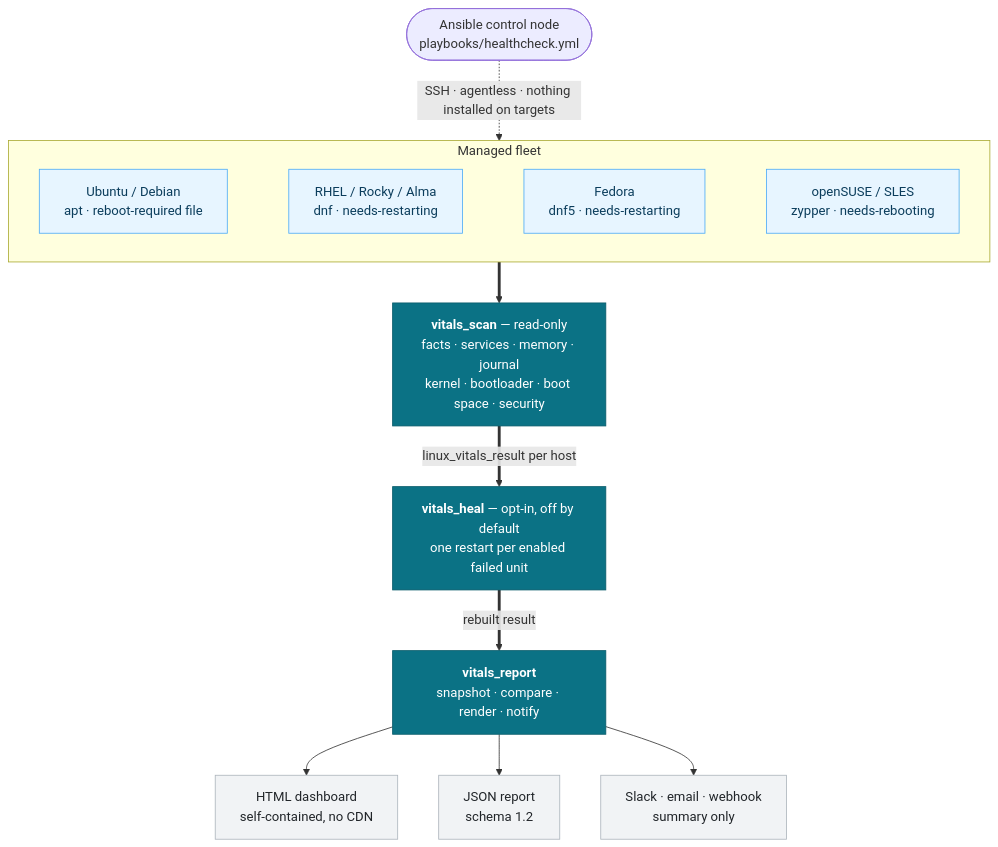
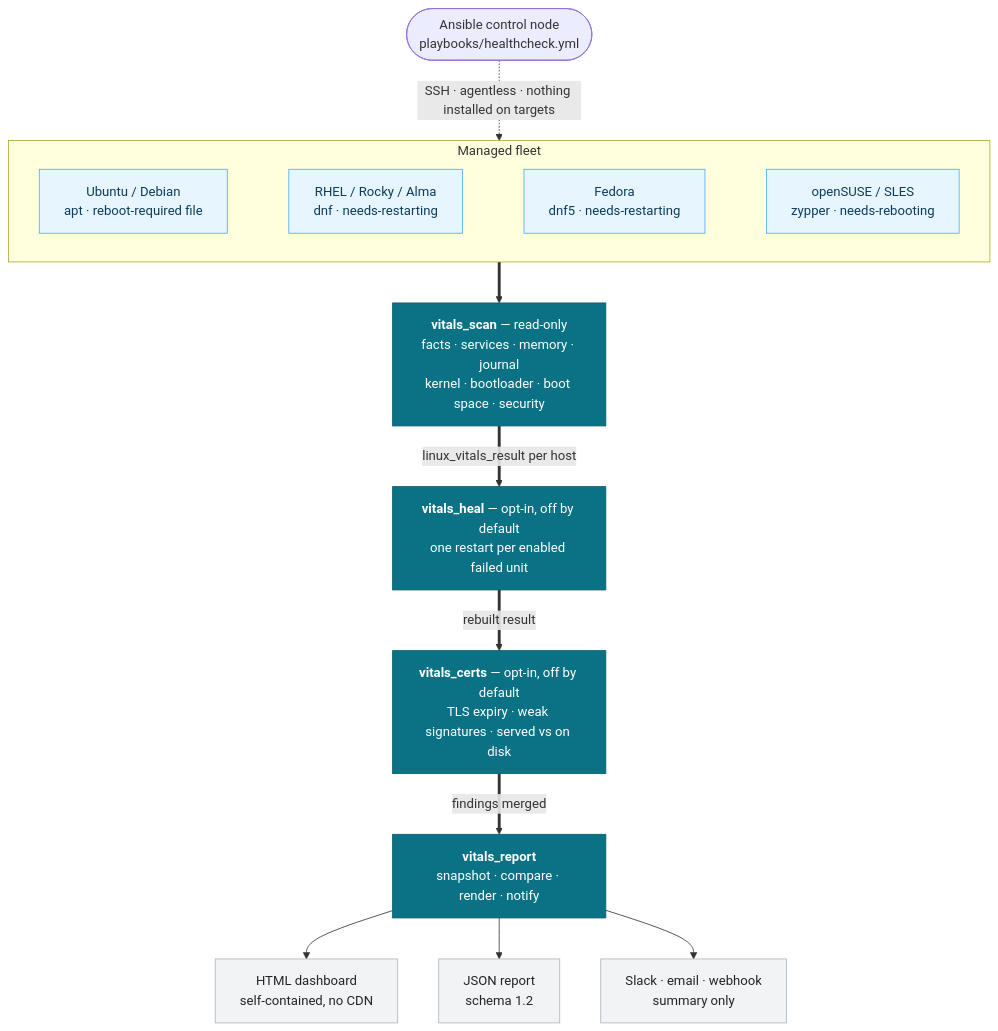
Before and after one commit to sameeralam3127/linux-vitals: the diagram in README.md, drawn with Mermaid. The commit also changed other lines of this file and 21 other files, not shown here.

First line of the commit message:
Add vitals_certs: TLS certificate expiry and hardening checks (#15) (#57)

````diff
--- a/README.md
+++ b/README.md
@@ -94,35 +95,37 @@
 ```mermaid
 flowchart TB
     CN(["Ansible control node<br/>playbooks/healthcheck.yml"])
 
     CN -. "SSH · agentless · nothing installed on targets" .-> FLEET
 
     subgraph FLEET["Managed fleet"]
         direction LR
         U["Ubuntu / Debian<br/>apt · reboot-required file"]
         R["RHEL / Rocky / Alma<br/>dnf · needs-restarting"]
         F["Fedora<br/>dnf5 · needs-restarting"]
         S["openSUSE / SLES<br/>zypper · needs-rebooting"]
         U ~~~ R ~~~ F ~~~ S
     end
 
     FLEET ==> SCAN
 
     SCAN["<b>vitals_scan</b> — read-only<br/>facts · services · memory · journal<br/>kernel · bootloader · boot space · security"]
     HEAL["<b>vitals_heal</b> — opt-in, off by default<br/>one restart per enabled failed unit"]
+    CERTS["<b>vitals_certs</b> — opt-in, off by default<br/>TLS expiry · weak signatures · served vs on disk"]
     REPORT["<b>vitals_report</b><br/>snapshot · compare · render · notify"]
 
     SCAN ==>|"linux_vitals_result per host"| HEAL
-    HEAL ==>|"rebuilt result"| REPORT
+    HEAL ==>|"rebuilt result"| CERTS
+    CERTS ==>|"findings merged"| REPORT
 
     REPORT --> HTML["HTML dashboard<br/>self-contained, no CDN"]
     REPORT --> JSON["JSON report<br/>schema 1.2"]
     REPORT --> NOTIFY["Slack · email · webhook<br/>summary only"]
 
     classDef stage fill:#0b7285,stroke:#095c6b,color:#ffffff
     classDef out fill:#f1f3f5,stroke:#adb5bd,color:#212529
     classDef host fill:#e7f5ff,stroke:#4dabf7,color:#0b3d5c
-    class SCAN,HEAL,REPORT stage
+    class SCAN,HEAL,CERTS,REPORT stage
     class HTML,JSON,NOTIFY out
     class U,R,F,S host
 ```
````
